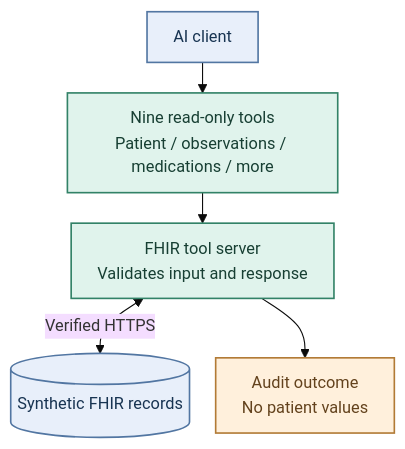
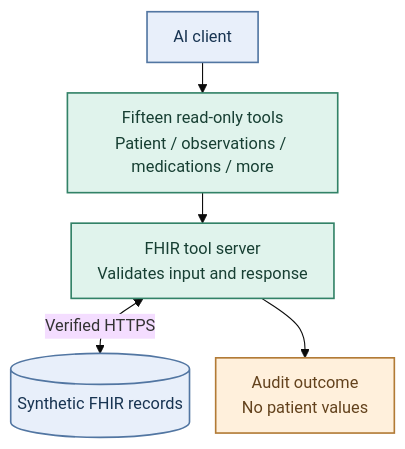
Before and after one commit to tanya-ok/hipaa-fhir-mcp: the diagram in docs/index.md, drawn with Mermaid. The commit also changed other lines of this file and 25 other files, not shown here.

First line of the commit message:
feat(tools): Add six read-only clinical tools (#73)

````diff
--- a/docs/index.md
+++ b/docs/index.md
@@ -9,26 +9,26 @@
 ```mermaid
 ---
 config:
   theme: base
   themeVariables:
     fontFamily: 'Arial, sans-serif'
     fontSize: '15px'
   flowchart:
     nodeSpacing: 24
     rankSpacing: 28
     padding: 12
 ---
 flowchart TB
     accTitle: Validated access to synthetic health records
-    accDescr: The AI client invokes one of nine read-only tools. The server validates input, reads the synthetic FHIR service over HTTPS, validates the response and records a minimized audit outcome.
-    A["AI client"] --> T["Nine read-only tools<br/>Patient / observations / medications / more"]
+    accDescr: The AI client invokes one of fifteen read-only tools. The server validates input, reads the synthetic FHIR service over HTTPS, validates the response and records a minimized audit outcome.
+    A["AI client"] --> T["Fifteen read-only tools<br/>Patient / observations / medications / more"]
     T --> V["FHIR tool server<br/>Validates input and response"]
     V <-->|Verified HTTPS| F[("Synthetic FHIR records")]
     V --> L["Audit outcome<br/>No patient values"]
     classDef source fill:#e8effa,stroke:#5276a2,color:#183452,stroke-width:1.5px
     classDef core fill:#e0f3ec,stroke:#328267,color:#173f33,stroke-width:1.5px
     classDef limit fill:#fff0dc,stroke:#b27b36,color:#63421d,stroke-width:1.5px
     class A,F source
     class T,V core
     class L limit
 ```
````
